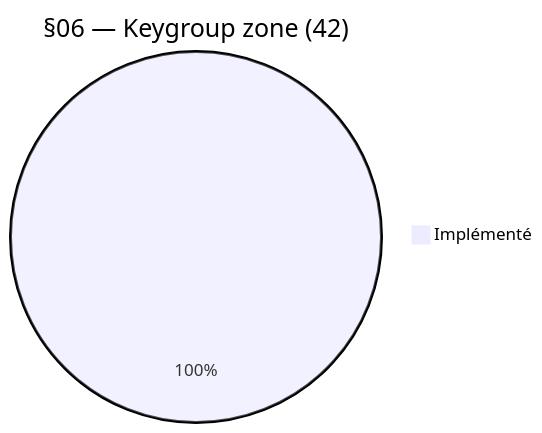
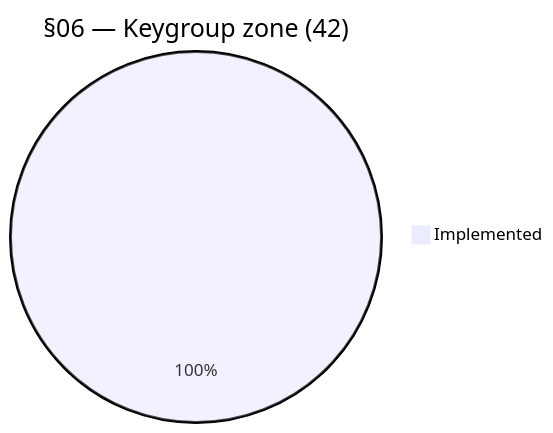
Before and after one commit to xplorer2716/XS56K: the fourth of 14 diagrams in process/3.plan/SUMMARY-akm-sections-coverage.md, drawn with Mermaid. The commit also changed other lines of this file, not shown here.

````diff
--- a/process/3.plan/SUMMARY-akm-sections-coverage.md
+++ b/process/3.plan/SUMMARY-akm-sections-coverage.md
@@ -39,4 +39,4 @@
 ```mermaid
 pie title §06 — Keygroup zone (42)
-    "Implémenté" : 42
+    "Implemented" : 42
 ```
````
